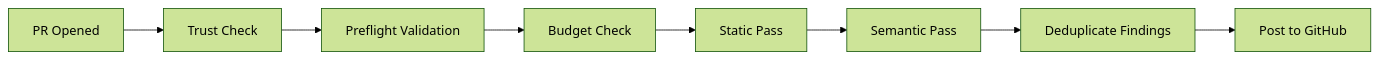
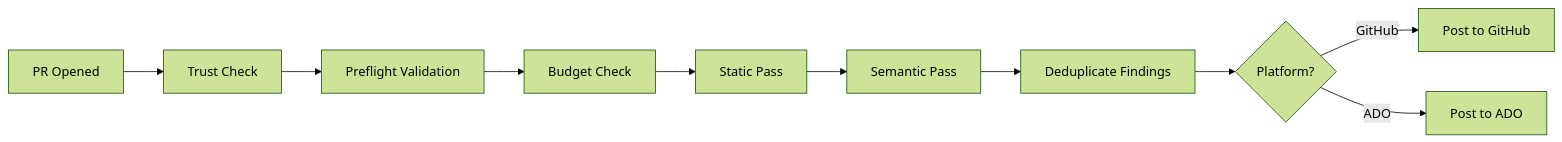
Before and after one commit to oddessentials/odd-ai-reviewers: the diagram in README.md, drawn with Mermaid (forest theme). The commit also changed other lines of this file and 1 other file, not shown here.

First line of the commit message:
docs: update ADO example and README to reflect completed ADO support

````diff
--- a/README.md
+++ b/README.md
@@ -130,10 +133,12 @@
 ```mermaid
 graph LR
     A[PR Opened] --> B[Trust Check]
     B --> C[Preflight Validation]
     C --> D[Budget Check]
     D --> E[Static Pass]
     E --> F[Semantic Pass]
     F --> G[Deduplicate Findings]
-    G --> H[Post to GitHub]
+    G --> H{Platform?}
+    H -->|GitHub| I[Post to GitHub]
+    H -->|ADO| J[Post to ADO]
 ```
````
